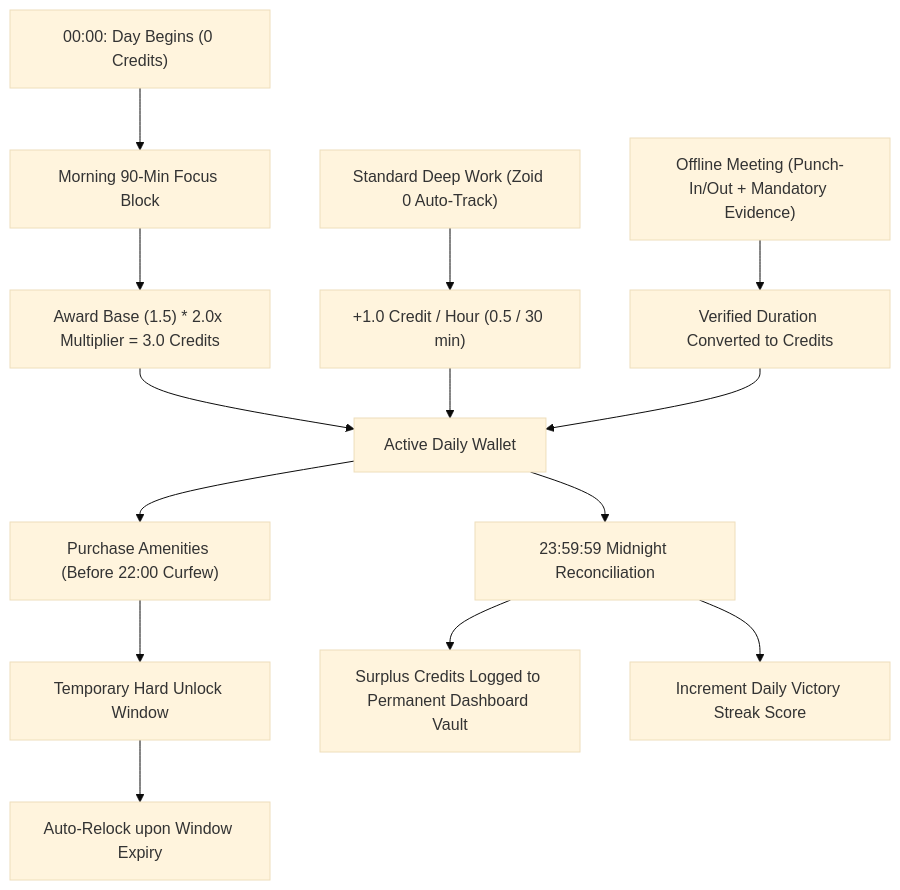
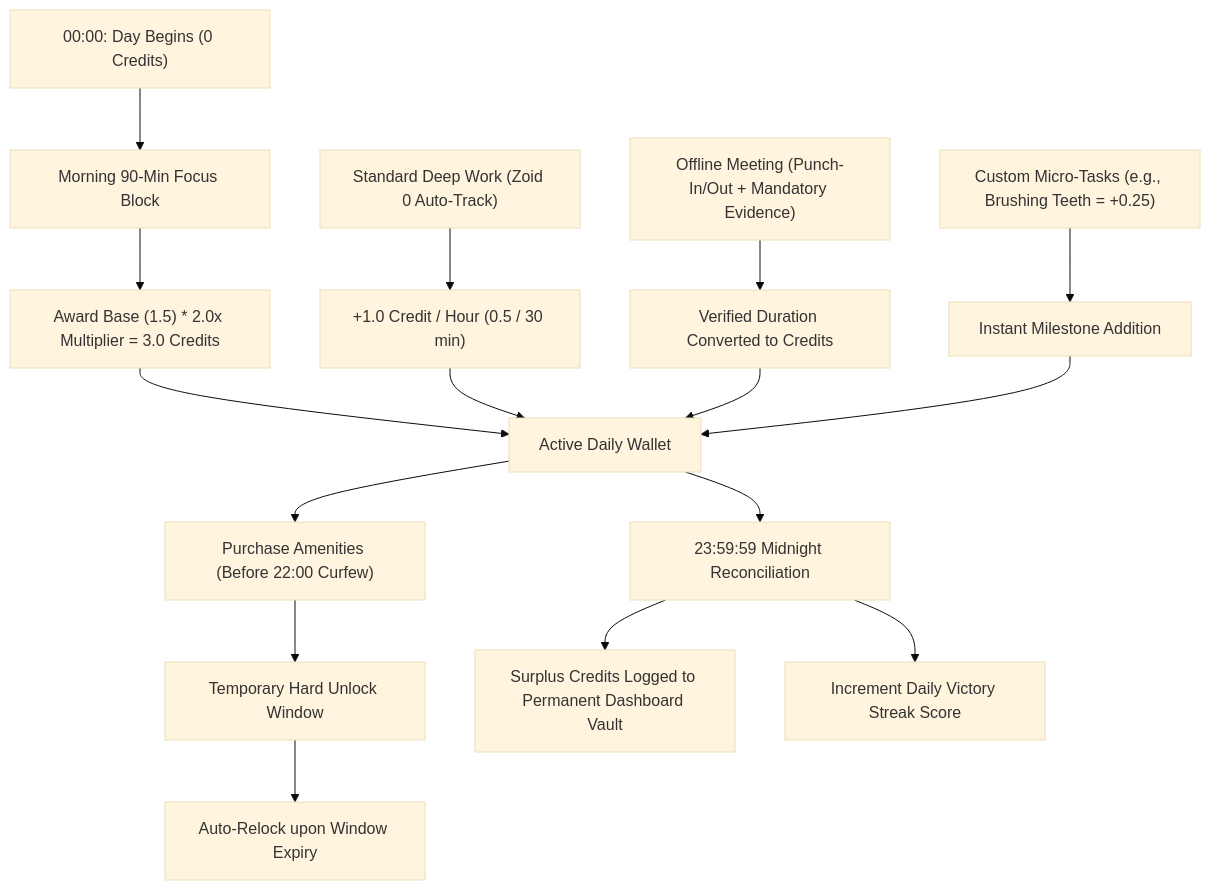
The first of 2 diagrams in PRODUCT.md (Ziad-NasrEldin/Zoid-Lock-In), drawn with Mermaid (base theme) before and after one commit. The commit also changed other lines of this file and 1 other file, not shown here.

Commit message:
feat(economy): add customizable micro-habits and discipline tasks

````diff
--- a/PRODUCT.md
+++ b/PRODUCT.md
@@ -18,20 +18,22 @@
 ```mermaid
 flowchart TD
     DayStart["00:00: Day Begins (0 Credits)"] --> MorningBlock["Morning 90-Min Focus Block"]
     MorningBlock --> MomentumBonus["Award Base (1.5) * 2.0x Multiplier = 3.0 Credits"]
     
     WorkSession["Standard Deep Work (Zoid 0 Auto-Track)"] --> RegularEarn["+1.0 Credit / Hour (0.5 / 30 min)"]
     OfflineMeeting["Offline Meeting (Punch-In/Out + Mandatory Evidence)"] --> MeetingEarn["Verified Duration Converted to Credits"]
+    MicroTasks["Custom Micro-Tasks (e.g., Brushing Teeth = +0.25)"] --> MicroEarn["Instant Milestone Addition"]
     
     MomentumBonus --> DailyWallet["Active Daily Wallet"]
     RegularEarn --> DailyWallet
     MeetingEarn --> DailyWallet
+    MicroEarn --> DailyWallet
     
     DailyWallet --> Buy["Purchase Amenities (Before 22:00 Curfew)"]
     Buy --> TimedUnlock["Temporary Hard Unlock Window"]
     TimedUnlock --> Relock["Auto-Relock upon Window Expiry"]
     
     DailyWallet --> Midnight["23:59:59 Midnight Reconciliation"]
     Midnight --> Vault["Surplus Credits Logged to Permanent Dashboard Vault"]
     Midnight --> Streak["Increment Daily Victory Streak Score"]
 ```
````
